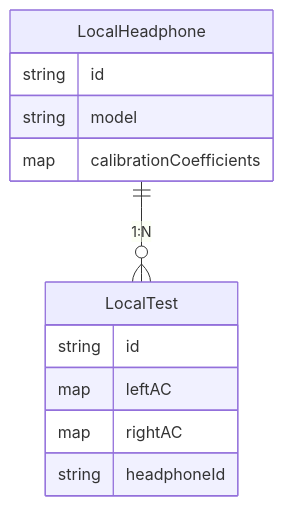
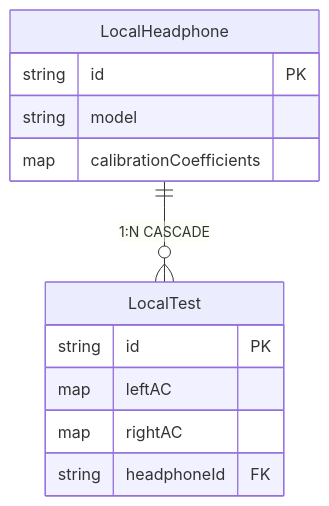
One commit to khebrati/audiosense changed the second of 3 diagrams in ARCHITECTURE.md. Above: the diagram before and after it, drawn with Mermaid. The commit also changed other lines of this file, not shown here.

Commit message:
Add PK/FK annotations and move CASCADE to ER diagram

````diff
--- a/ARCHITECTURE.md
+++ b/ARCHITECTURE.md
@@ -15,17 +15,17 @@
 ```mermaid
 erDiagram
-    LocalHeadphone ||--o{ LocalTest : "1:N"
+    LocalHeadphone ||--o{ LocalTest : "1:N CASCADE"
     
     LocalHeadphone {
-        string id
+        string id PK
         string model
         map calibrationCoefficients
     }
     
     LocalTest {
-        string id
+        string id PK
         map leftAC
         map rightAC
-        string headphoneId
+        string headphoneId FK
     }
 ```
````
